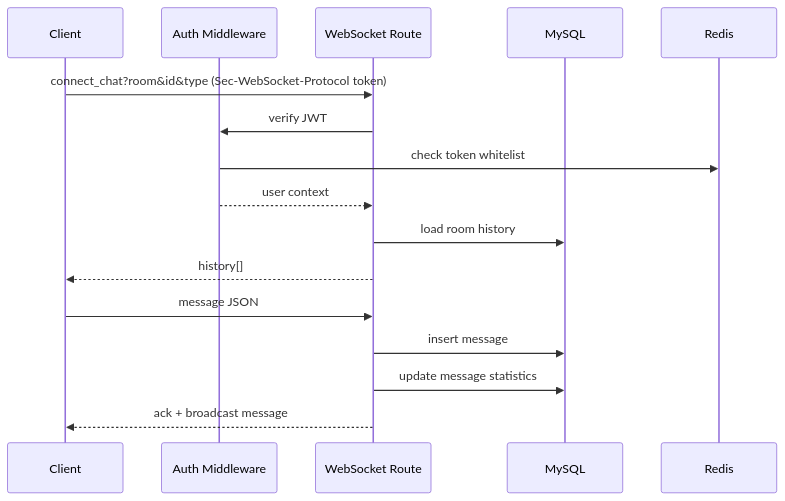
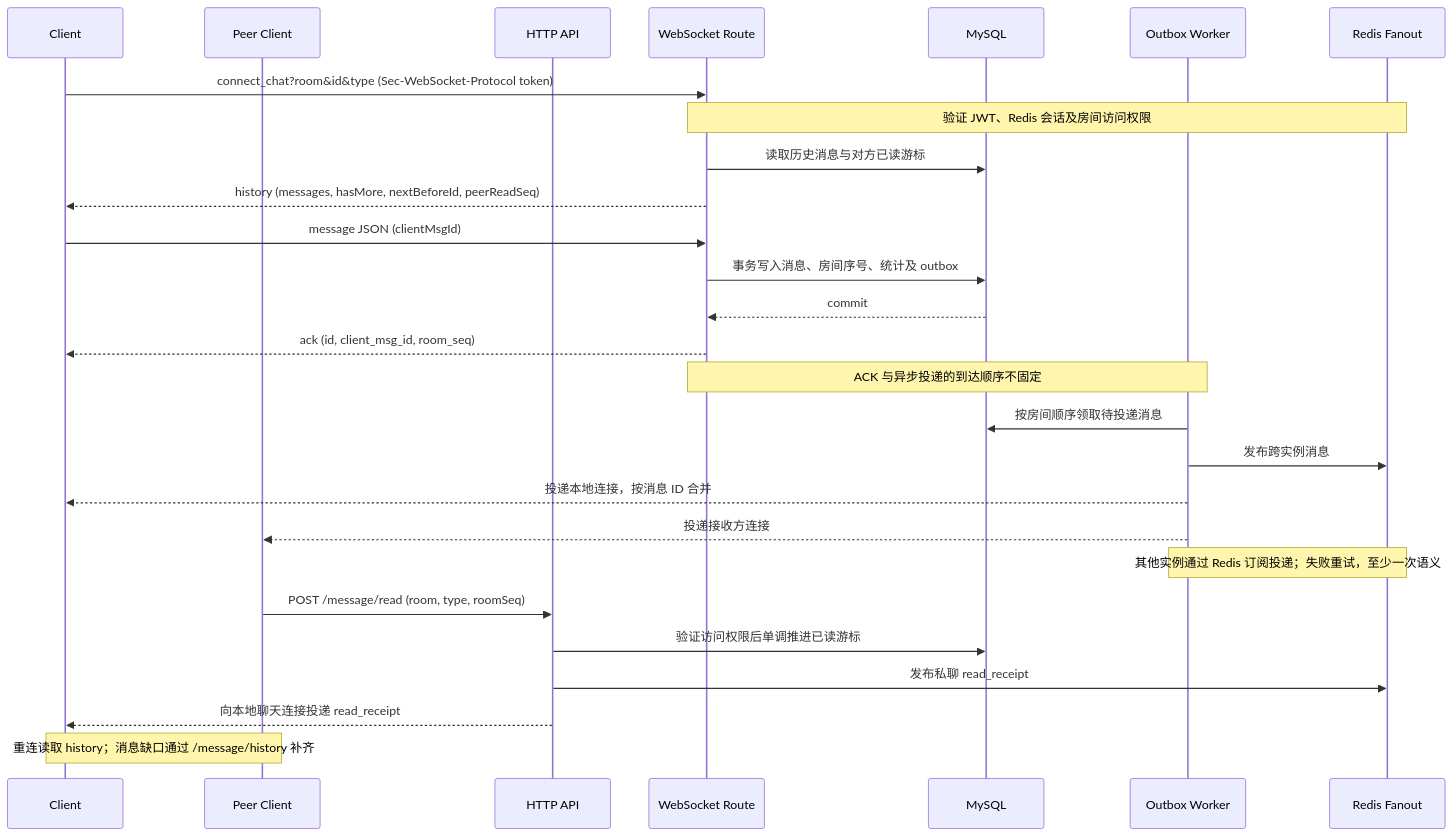
The second of 4 diagrams in README.md (davent10086/pomelo-chat), drawn with Mermaid before and after one commit. The commit also changed other lines of this file and 21 other files, not shown here.

````diff
--- a/README.md
+++ b/README.md
@@ -123,19 +127,30 @@
 ```mermaid
 sequenceDiagram
   participant C as Client
-  participant A as Auth Middleware
+  participant P as Peer Client
+  participant H as HTTP API
   participant W as WebSocket Route
   participant D as MySQL
-  participant R as Redis
+  participant F as Outbox Worker
+  participant R as Redis Fanout
 
   C->>W: connect_chat?room&id&type (Sec-WebSocket-Protocol token)
-  W->>A: verify JWT
-  A->>R: check token whitelist
-  A-->>W: user context
-  W->>D: load room history
-  W-->>C: history[]
-  C->>W: message JSON
-  W->>D: insert message
-  W->>D: update message statistics
-  W-->>C: ack + broadcast message
+  Note over W,R: 验证 JWT、Redis 会话及房间访问权限
+  W->>D: 读取历史消息与对方已读游标
+  W-->>C: history (messages, hasMore, nextBeforeId, peerReadSeq)
+  C->>W: message JSON (clientMsgId)
+  W->>D: 事务写入消息、房间序号、统计及 outbox
+  D-->>W: commit
+  W-->>C: ack (id, client_msg_id, room_seq)
+  Note over W,F: ACK 与异步投递的到达顺序不固定
+  F->>D: 按房间顺序领取待投递消息
+  F->>R: 发布跨实例消息
+  F-->>C: 投递本地连接，按消息 ID 合并
+  F-->>P: 投递接收方连接
+  Note over F,R: 其他实例通过 Redis 订阅投递；失败重试，至少一次语义
+  P->>H: POST /message/read (room, type, roomSeq)
+  H->>D: 验证访问权限后单调推进已读游标
+  H->>R: 发布私聊 read_receipt
+  H-->>C: 向本地聊天连接投递 read_receipt
+  Note over C,P: 重连读取 history；消息缺口通过 /message/history 补齐
 ```
````
